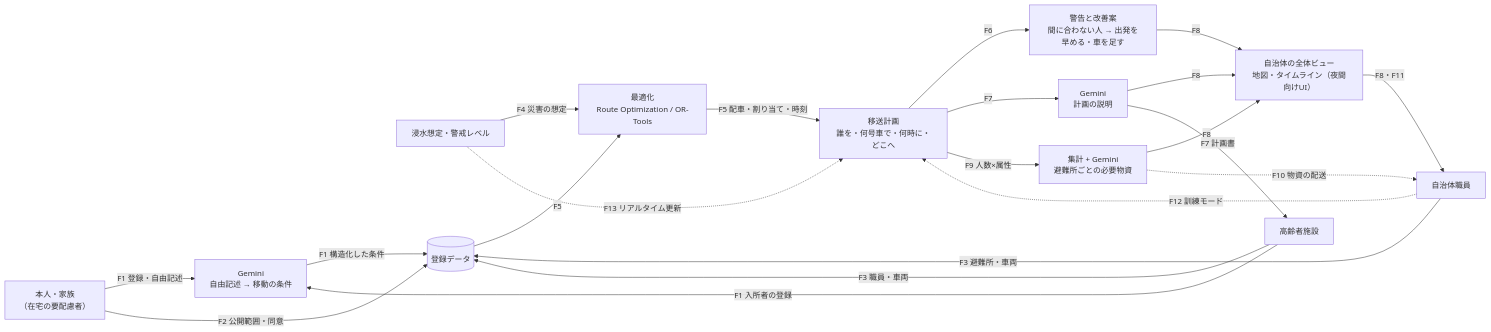
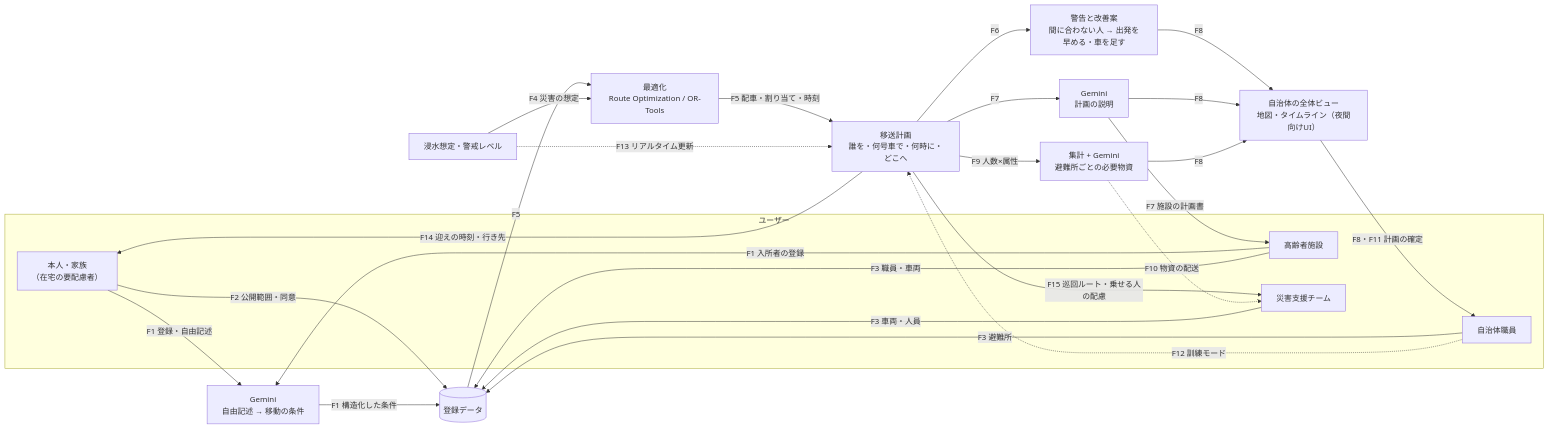
One commit to Devfest-Hackathon-2026/df-2026-t057 changed the diagram in docs/overview.md. Above: the diagram before and after it, drawn with Mermaid. The commit also changed other lines of this file, not shown here.

Commit message:
Treat residents and facilities as users; add disaster support team (F14, F15)

````diff
--- a/docs/overview.md
+++ b/docs/overview.md
@@ -18,38 +21,44 @@
 ```mermaid
 flowchart LR
-  P["本人・家族<br>（在宅の要配慮者）"]
-  FAC["高齢者施設"]
-  M["自治体職員"]
+  subgraph USERS["ユーザー"]
+    P["本人・家族<br>（在宅の要配慮者）"]
+    FAC["高齢者施設"]
+    M["自治体職員"]
+    T["災害支援チーム"]
+  end
   HZ["浸水想定・警戒レベル"]
 
   G1["Gemini<br>自由記述 → 移動の条件"]
   DB[("登録データ")]
   OPT["最適化<br>Route Optimization / OR-Tools"]
   PLAN["移送計画<br>誰を・何号車で・何時に・どこへ"]
   WARN["警告と改善案<br>間に合わない人 → 出発を早める・車を足す"]
   G2["Gemini<br>計画の説明"]
   G3["集計 + Gemini<br>避難所ごとの必要物資"]
   VIEW["自治体の全体ビュー<br>地図・タイムライン（夜間向けUI）"]
 
   P -->|"F1 登録・自由記述"| G1
   P -->|"F2 公開範囲・同意"| DB
   FAC -->|"F1 入所者の登録"| G1
   FAC -->|"F3 職員・車両"| DB
-  M -->|"F3 避難所・車両"| DB
+  M -->|"F3 避難所"| DB
+  T -->|"F3 車両・人員"| DB
   G1 -->|"F1 構造化した条件"| DB
   DB -->|"F5"| OPT
   HZ -->|"F4 災害の想定"| OPT
   OPT -->|"F5 配車・割り当て・時刻"| PLAN
   PLAN -->|"F6"| WARN
   PLAN -->|"F7"| G2
   PLAN -->|"F9 人数×属性"| G3
   WARN -->|"F8"| VIEW
   G2 -->|"F8"| VIEW
   G3 -->|"F8"| VIEW
-  VIEW -->|"F8・F11"| M
-  G2 -->|"F7 計画書"| FAC
+  VIEW -->|"F8・F11 計画の確定"| M
+  G2 -->|"F7 施設の計画書"| FAC
+  PLAN -->|"F14 迎えの時刻・行き先"| P
+  PLAN -->|"F15 巡回ルート・乗せる人の配慮"| T
 
-  G3 -.->|"F10 物資の配送"| M
+  G3 -.->|"F10 物資の配送"| T
   M -.->|"F12 訓練モード"| PLAN
   HZ -.->|"F13 リアルタイム更新"| PLAN
 ```
````
